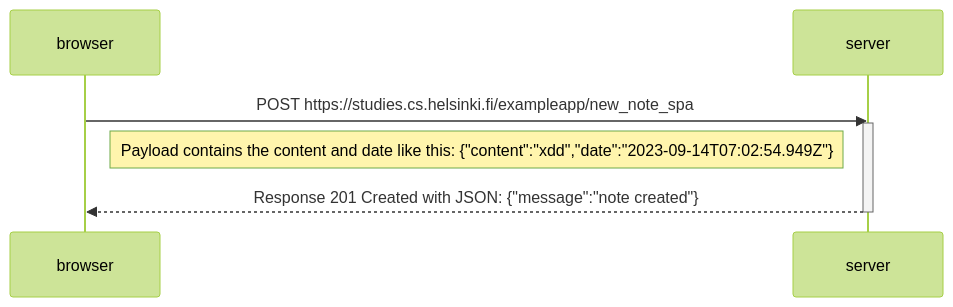
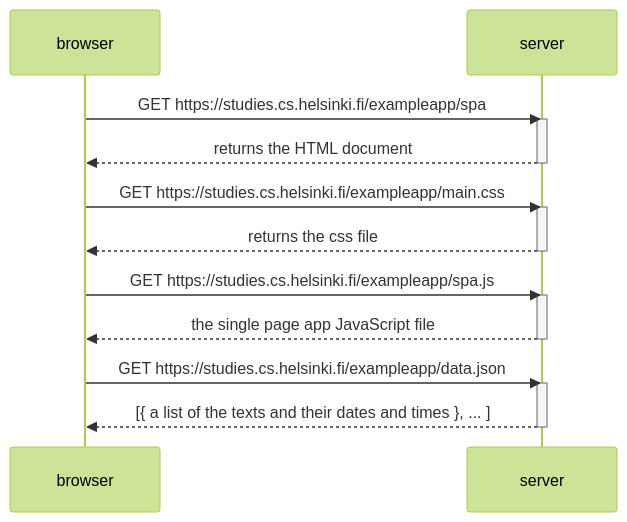
Before and after one commit to NawafLawati/fullstackopen-exercises: the diagram in part0/part0_5.md, drawn with Mermaid (forest theme). The commit also changed 1 other file, not shown here.

Commit message:
finished part 5, refactored part 5 as I mixed up the parts

````diff
--- a/part0/part0_5.md
+++ b/part0/part0_5.md
@@ -4,13 +4,27 @@
 ```mermaid
 sequenceDiagram
     participant browser
     participant server
 
-    browser->>server: POST https://studies.cs.helsinki.fi/exampleapp/new_note_spa
+    browser->>server: GET https://studies.cs.helsinki.fi/exampleapp/spa
     activate server
-            Note right of browser: Payload contains the content and date like this: {"content":"xdd","date":"2023-09-14T07:02:54.949Z"}
-    server-->>browser: Response 201 Created with JSON: {"message":"note created"}
+    server-->>browser: returns the HTML document
+    deactivate server
+
+    browser->>server: GET https://studies.cs.helsinki.fi/exampleapp/main.css
+    activate server
+    server-->>browser: returns the css file
+    deactivate server
+
+    browser->>server: GET https://studies.cs.helsinki.fi/exampleapp/spa.js
+    activate server
+    server-->>browser: the single page app JavaScript file
     deactivate server
 
 
+    browser->>server: GET https://studies.cs.helsinki.fi/exampleapp/data.json
+    activate server
+    server-->>browser: [{ a list of the texts and their dates and times }, ... ]
+    deactivate server
+
 ```
````
